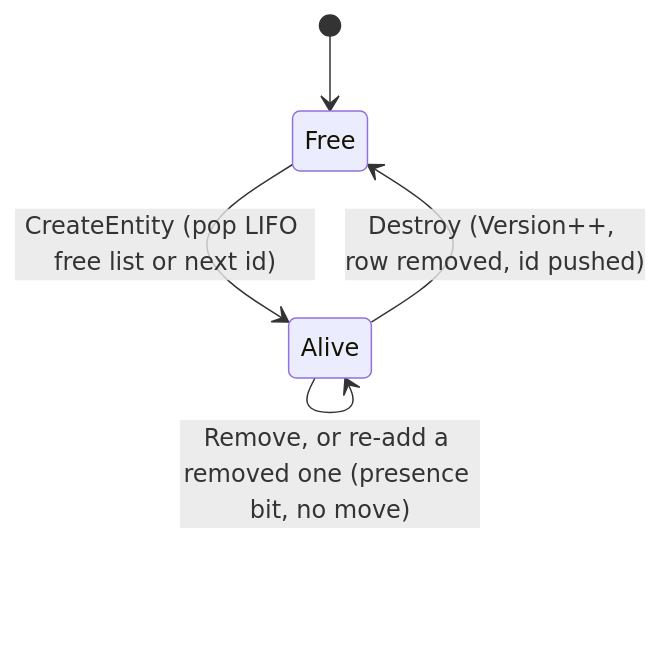
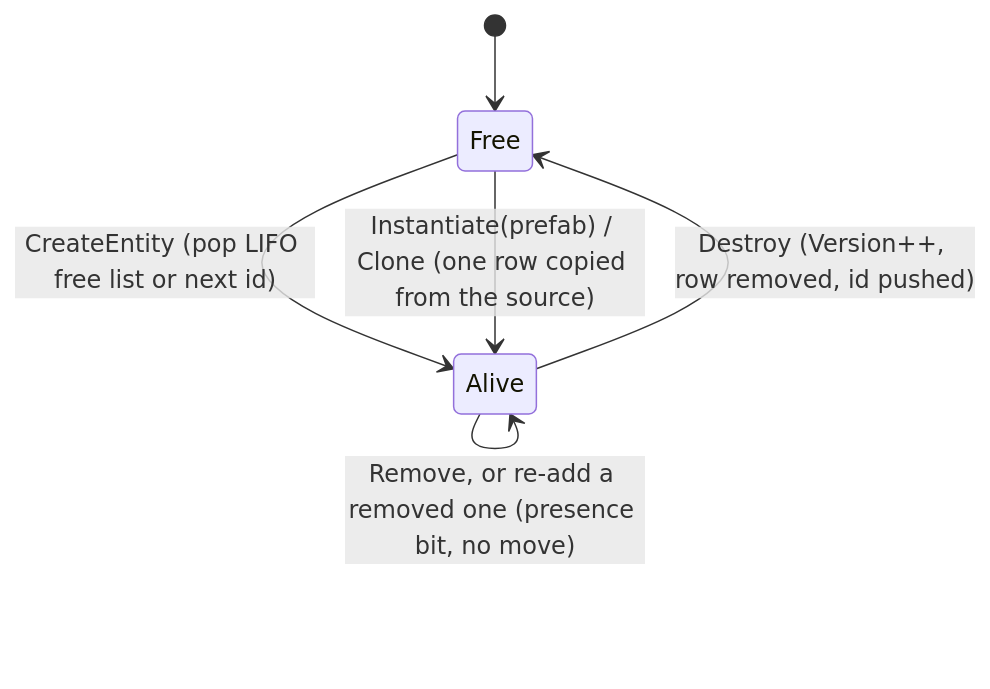
One commit to JasonXuDeveloper/EasyEcs changed the third of 3 diagrams in doc/architecture.md. Above: the diagram before and after it, drawn with Mermaid. The commit also changed other lines of this file and 11 other files, not shown here.

````diff
--- a/doc/architecture.md
+++ b/doc/architecture.md
@@ -111,8 +115,9 @@
 ```mermaid
 stateDiagram-v2
     [*] --> Free
     Free --> Alive: CreateEntity (pop LIFO free list or next id)
-    Alive --> Alive: Add / Set a new component (row copied to the target table)
+    Free --> Alive: Instantiate(prefab) / Clone (one row copied from the source)
+    Alive --> Alive: Set / GetOrAdd a new component (row copied to the target table)
     Alive --> Alive: Remove, or re-add a removed one (presence bit, no move)
     Alive --> Free: Destroy (Version++, row removed, id pushed)
 ```
````
